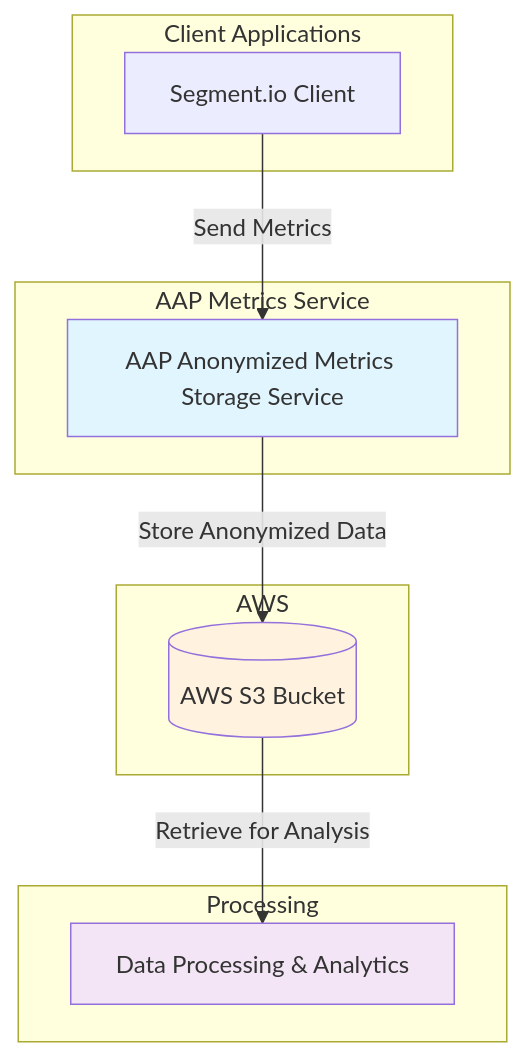
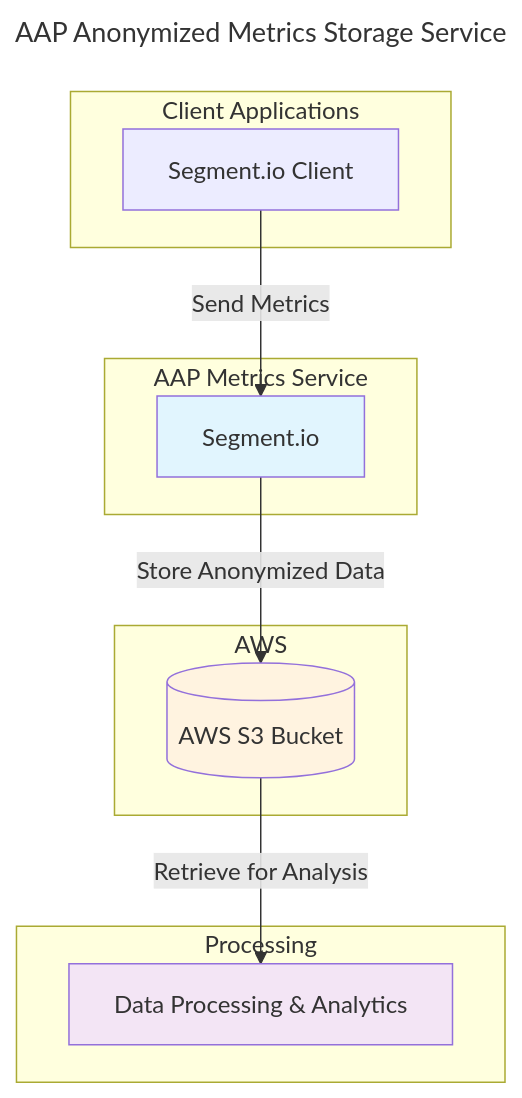
Before and after one commit to benthomasson/aap-metrics-demo: the diagram in README.md, drawn with Mermaid.

Commit message:
Tweak diagram

````diff
--- a/README.md
+++ b/README.md
@@ -14,26 +14,29 @@
 ```mermaid
+---
+title: AAP Anonymized Metrics Storage Service
+---
 flowchart TB
     subgraph "Client Applications"
         Client[Segment.io Client]
     end
     
     subgraph "AAP Metrics Service"
-        Service[AAP Anonymized Metrics Storage Service]
+        Service[Segment.io]
     end
     
     subgraph "AWS"
         S3[(AWS S3 Bucket)]
     end
     
     subgraph "Processing"
         Analytics[Data Processing & Analytics]
     end
     
     Client -->|Send Metrics| Service
     Service -->|Store Anonymized Data| S3
     S3 -->|Retrieve for Analysis| Analytics
     
     style Service fill:#e1f5fe
     style S3 fill:#fff3e0
     style Analytics fill:#f3e5f5
 ```
````
